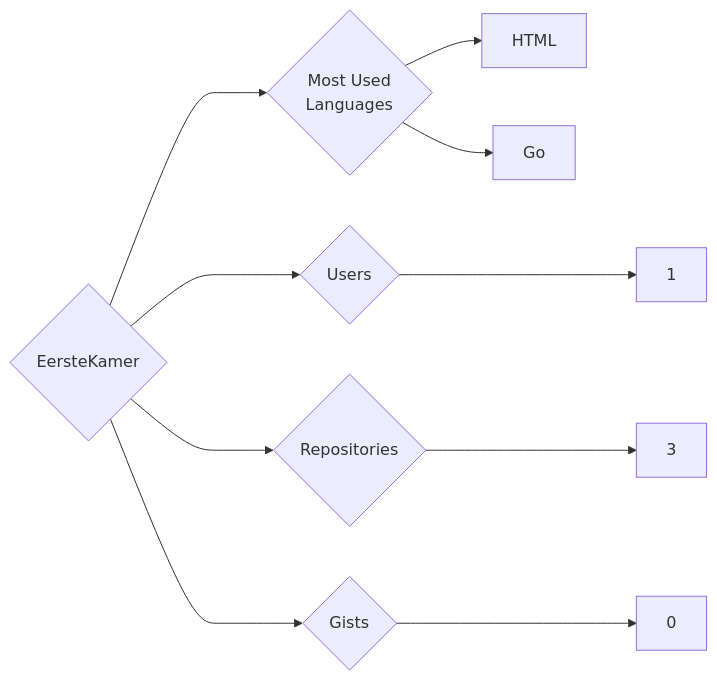
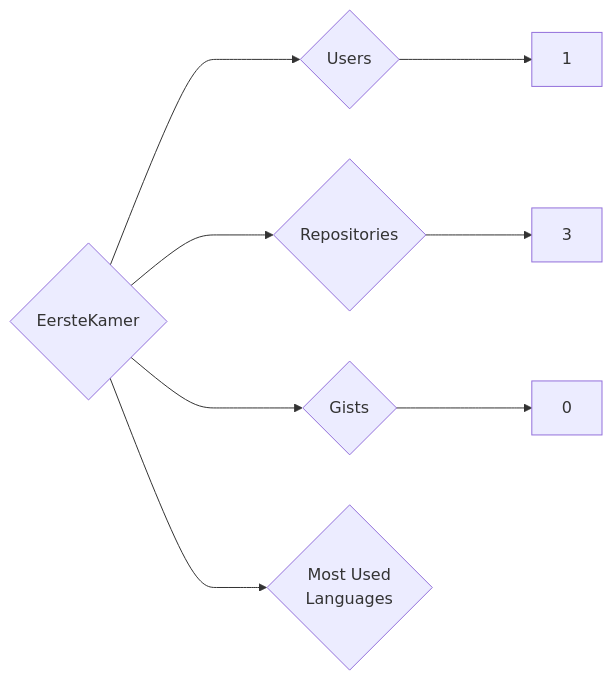
One commit to trickest/insiders changed the diagram in targets/EersteKamer/README.md. Above: the diagram before and after it, drawn with Mermaid. The commit also changed 1167 other files, not shown here.

````diff
--- a/targets/EersteKamer/README.md
+++ b/targets/EersteKamer/README.md
@@ -3,10 +3,8 @@
 ```mermaid
 graph LR
 COMPANY_NAME{EersteKamer}
 COMPANY_NAME ---> U{Users} ---> UN[1]
 COMPANY_NAME ---> R{Repositories} ---> RN[3]
 COMPANY_NAME ---> G{Gists} ---> GN[0]
 COMPANY_NAME ---> ML{Most Used<br>Languages}
-ML --> HTML[HTML]
-ML --> Go[Go]
 ```
````
